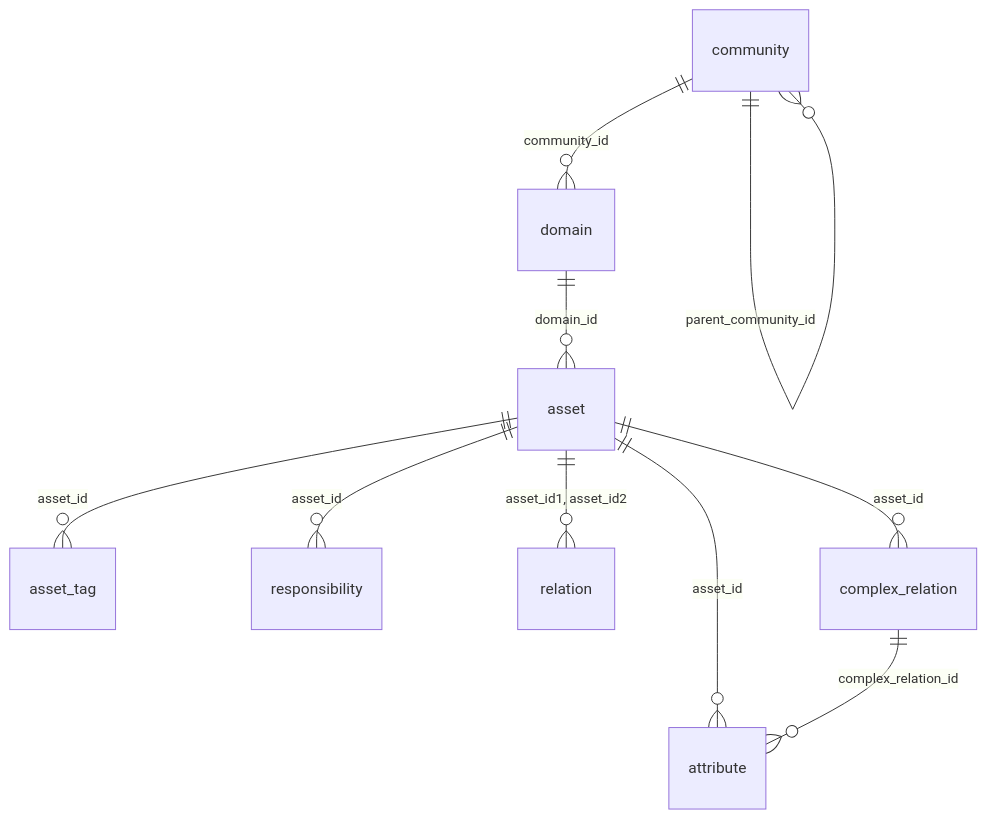
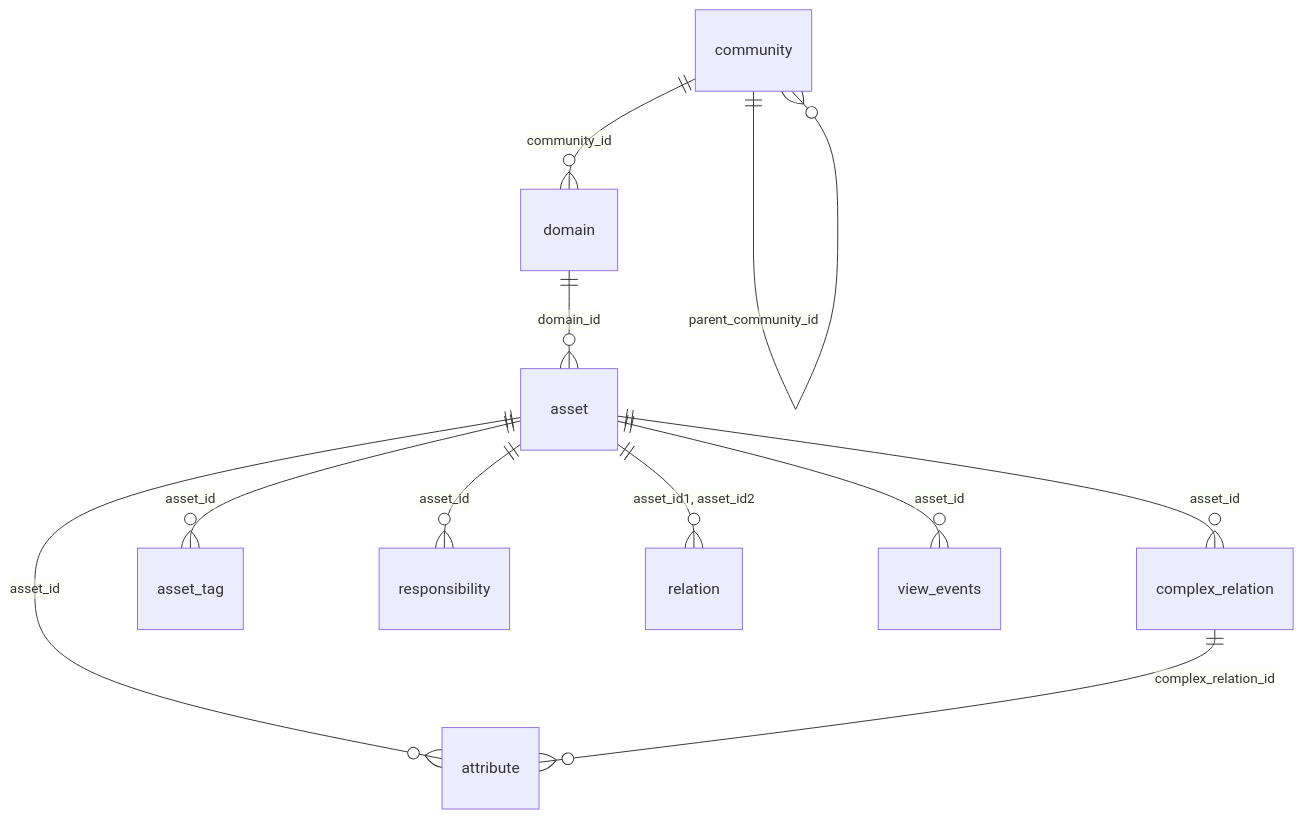
Before and after one commit to arnauudG/Collibra: the diagram in docs/insights/data-dictionary.md, drawn with Mermaid. The commit also changed other lines of this file and 15 other files, not shown here.

````diff
--- a/docs/insights/data-dictionary.md
+++ b/docs/insights/data-dictionary.md
@@ -7,12 +7,13 @@
 ```mermaid
 erDiagram
     community ||--o{ community : "parent_community_id"
     community ||--o{ domain : "community_id"
     domain ||--o{ asset : "domain_id"
     asset ||--o{ attribute : "asset_id"
+    complex_relation ||--o{ attribute : "complex_relation_id"
     asset ||--o{ asset_tag : "asset_id"
     asset ||--o{ responsibility : "asset_id"
     asset ||--o{ relation : "asset_id1, asset_id2"
     asset ||--o{ complex_relation : "asset_id"
-    complex_relation ||--o{ attribute : "complex_relation_id"
+    asset ||--o{ view_events : "asset_id"
 ```
````
